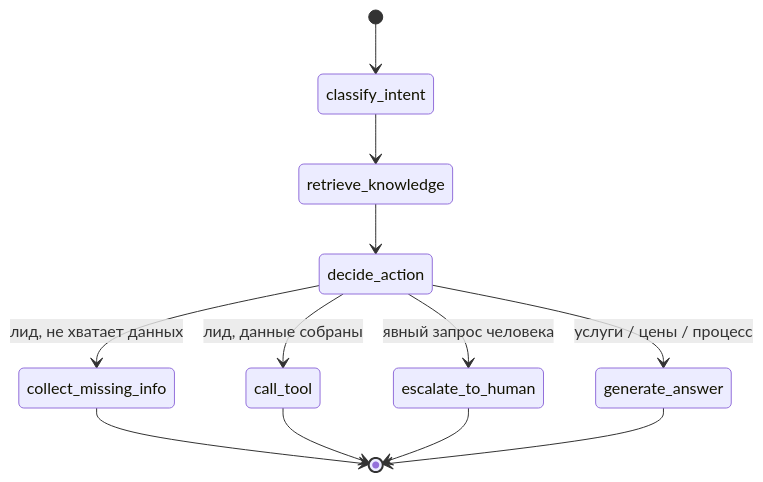
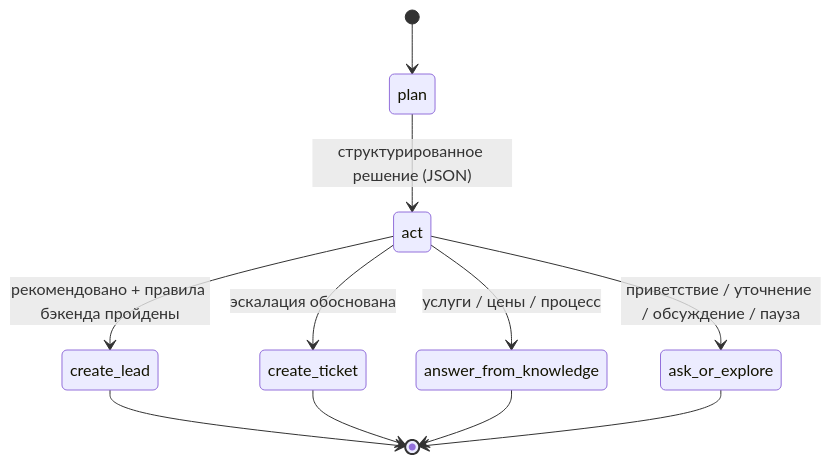
The second of 2 diagrams in README.ru.md (HullyMully/ai-marketing-agent-rag-langgraph), drawn with Mermaid before and after one commit. The commit also changed other lines of this file and 17 other files, not shown here.

````diff
--- a/README.ru.md
+++ b/README.ru.md
@@ -151,14 +162,13 @@
 ```mermaid
 stateDiagram-v2
-    [*] --> classify_intent
-    classify_intent --> retrieve_knowledge
-    retrieve_knowledge --> decide_action
-    decide_action --> escalate_to_human: явный запрос человека
-    decide_action --> collect_missing_info: лид, не хватает данных
-    decide_action --> call_tool: лид, данные собраны
-    decide_action --> generate_answer: услуги / цены / процесс
-    collect_missing_info --> [*]
-    call_tool --> [*]
-    escalate_to_human --> [*]
-    generate_answer --> [*]
+    [*] --> plan
+    plan --> act: структурированное решение (JSON)
+    act --> create_lead: рекомендовано + правила бэкенда пройдены
+    act --> create_ticket: эскалация обоснована
+    act --> answer_from_knowledge: услуги / цены / процесс
+    act --> ask_or_explore: приветствие / уточнение / обсуждение / пауза
+    create_lead --> [*]
+    create_ticket --> [*]
+    answer_from_knowledge --> [*]
+    ask_or_explore --> [*]
 ```
````
